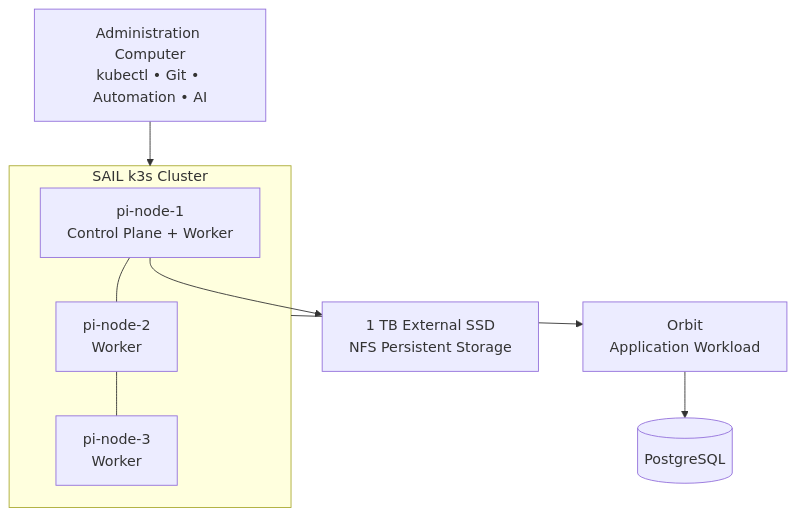
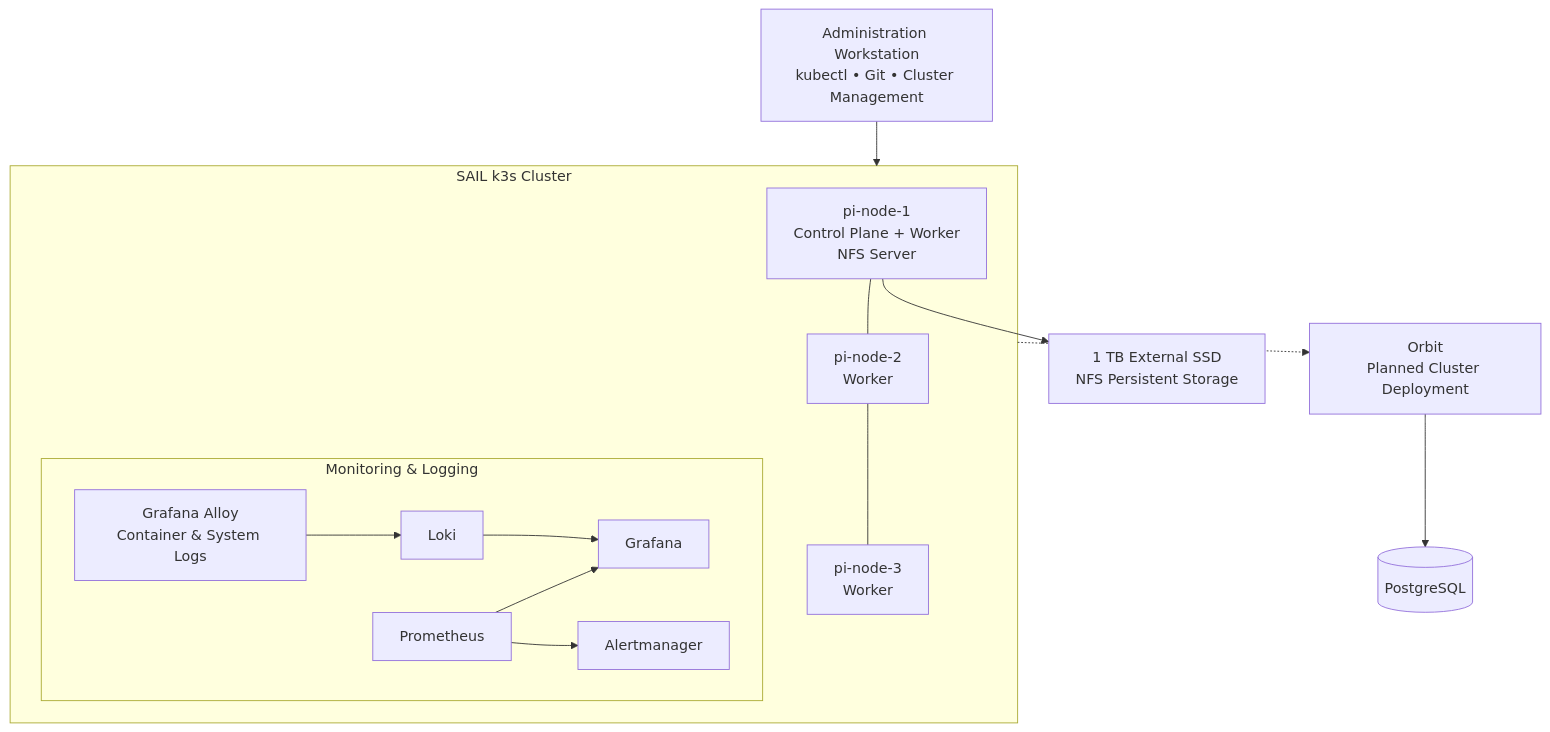
The first of 3 diagrams in README.md (ettynan/SAIL), drawn with Mermaid before and after one commit. The commit also changed other lines of this file and 4 other files, not shown here.

````diff
--- a/README.md
+++ b/README.md
@@ -30,23 +31,38 @@
 ```mermaid
 flowchart TB
-    ADMIN["Administration Computer<br/>kubectl • Git • Automation • AI"]
+    ADMIN["Administration Workstation<br/>kubectl • Git • Cluster Management"]
 
     subgraph CLUSTER["SAIL k3s Cluster"]
-        P1["pi-node-1<br/>Control Plane + Worker"]
+        P1["pi-node-1<br/>Control Plane + Worker<br/>NFS Server"]
         P2["pi-node-2<br/>Worker"]
         P3["pi-node-3<br/>Worker"]
+
+        subgraph OBS["Monitoring & Logging"]
+            PROM["Prometheus"]
+            GRAF["Grafana"]
+            ALERT["Alertmanager"]
+            LOKI["Loki"]
+            ALLOY["Grafana Alloy<br/>Container & System Logs"]
+        end
     end
 
     SSD["1 TB External SSD<br/>NFS Persistent Storage"]
-    ORBIT["Orbit<br/>Application Workload"]
+
+    ORBIT["Orbit<br/>Planned Cluster Deployment"]
     DB[("PostgreSQL")]
 
     ADMIN --> CLUSTER
 
     P1 --- P2
     P2 --- P3
 
     P1 --> SSD
-    CLUSTER --> ORBIT
+
+    ALLOY --> LOKI
+    PROM --> GRAF
+    PROM --> ALERT
+    LOKI --> GRAF
+
+    CLUSTER -.-> ORBIT
     ORBIT --> DB
 ```
````
